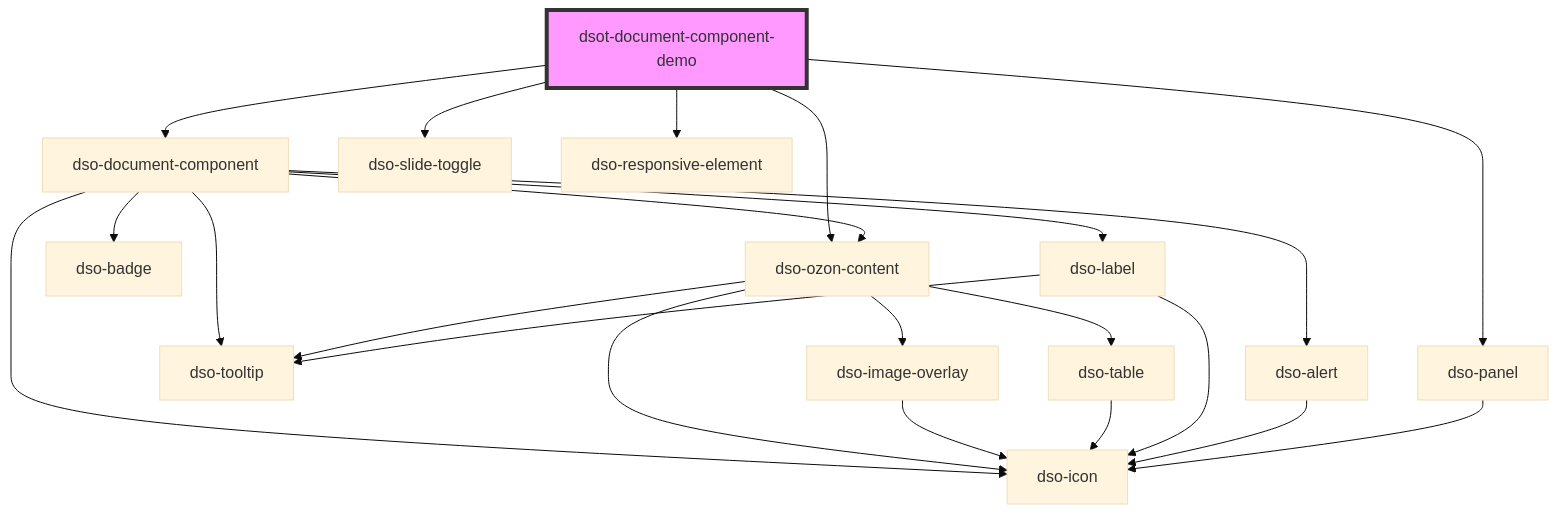
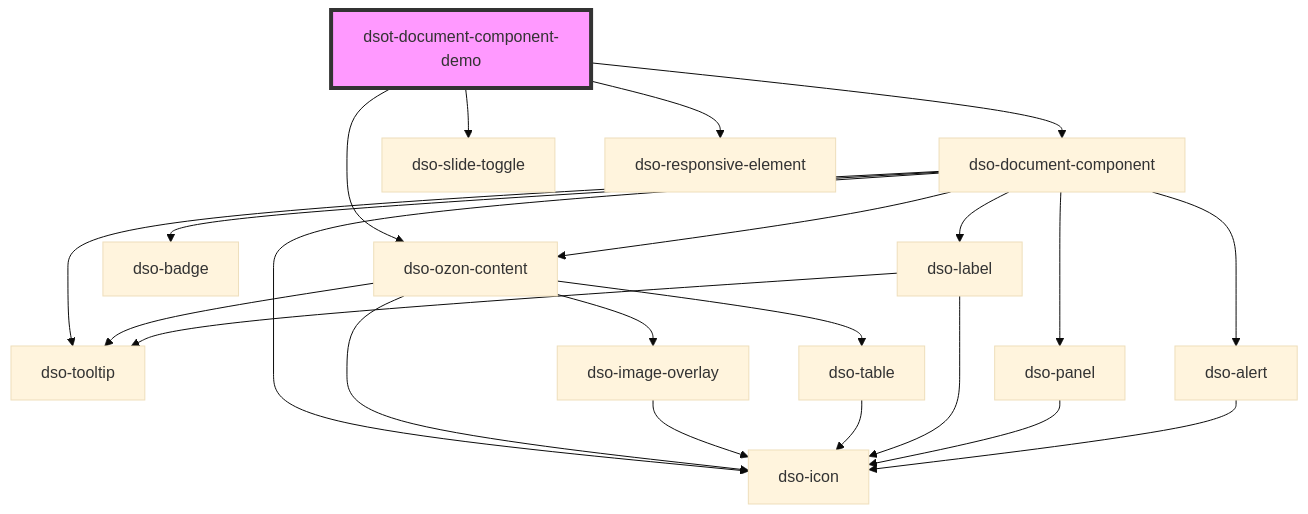
Before and after one commit to dso-toolkit/dso-toolkit: the diagram in packages/core/src/components/document-component-demo/readme.md, drawn with Mermaid (base theme). The commit also changed other lines of this file and 5 other files, not shown here.

Commit message:
#2765 dso-panel in document-component ipv slotted

````diff
--- a/packages/core/src/components/document-component-demo/readme.md
+++ b/packages/core/src/components/document-component-demo/readme.md
@@ -35,25 +34,25 @@
 ```mermaid
 graph TD;
   dsot-document-component-demo --> dso-document-component
-  dsot-document-component-demo --> dso-panel
   dsot-document-component-demo --> dso-slide-toggle
   dsot-document-component-demo --> dso-ozon-content
   dsot-document-component-demo --> dso-responsive-element
   dso-document-component --> dso-icon
   dso-document-component --> dso-ozon-content
   dso-document-component --> dso-badge
   dso-document-component --> dso-tooltip
   dso-document-component --> dso-label
+  dso-document-component --> dso-panel
   dso-document-component --> dso-alert
   dso-ozon-content --> dso-icon
   dso-ozon-content --> dso-image-overlay
   dso-ozon-content --> dso-tooltip
   dso-ozon-content --> dso-table
   dso-image-overlay --> dso-icon
   dso-table --> dso-icon
   dso-label --> dso-icon
   dso-label --> dso-tooltip
+  dso-panel --> dso-icon
   dso-alert --> dso-icon
-  dso-panel --> dso-icon
   style dsot-document-component-demo fill:#f9f,stroke:#333,stroke-width:4px
 ```
````
